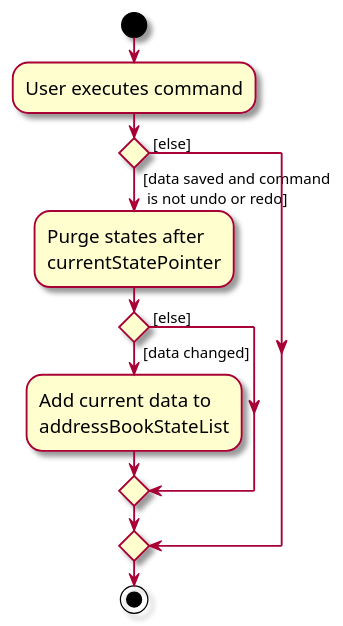
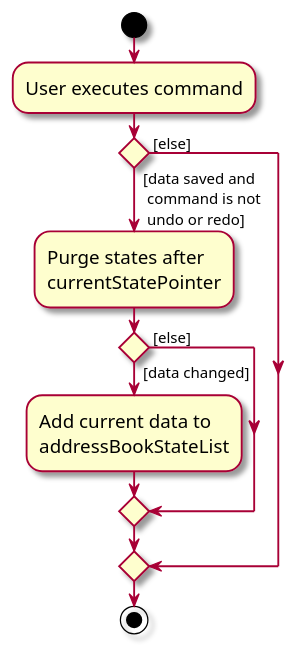
Before and after one commit to liownahum/tp: the diagram in docs/diagrams/CommitActivityDiagram.puml, drawn with PlantUML. The commit also changed 12 other files, not shown here.

First line of the commit message:
DG: Tidy Model, Storage, commit and undo diagrams

```diff
--- a/docs/diagrams/CommitActivityDiagram.puml
+++ b/docs/diagrams/CommitActivityDiagram.puml
@@ -1,22 +1,22 @@
 @startuml
 skin rose
 skinparam ActivityFontSize 15
 skinparam ArrowFontSize 12
 start
 :User executes command;
 
 'Since the beta syntax does not support placing the condition outside the
 'diamond we place it as the true branch instead.
 
-if () then ( [data saved and command\n  is not undo or redo])
+if () then ( [data saved and\n  command is not\n  undo or redo]\n )
     :Purge states after
     currentStatePointer;
     if () then ( [data changed])
         :Add current data to
         addressBookStateList;
     else ( [else])
     endif
 else ( [else])
 endif
 stop
 @enduml
```
